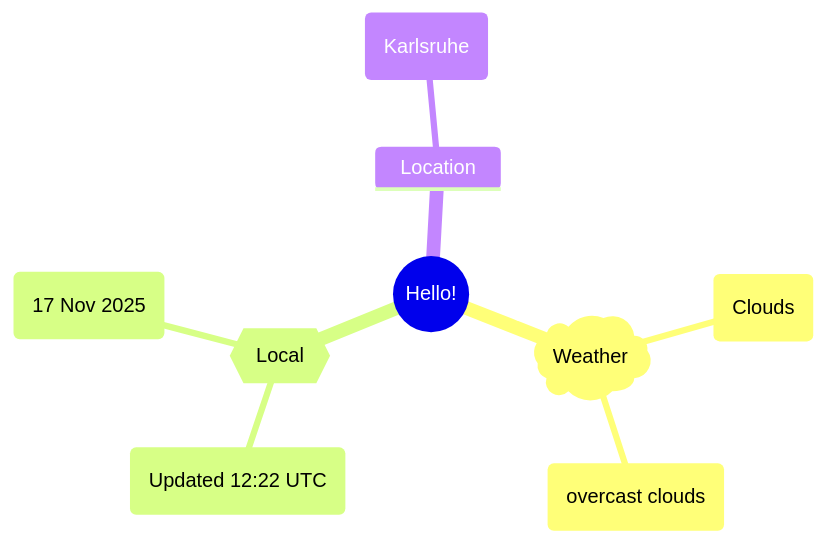
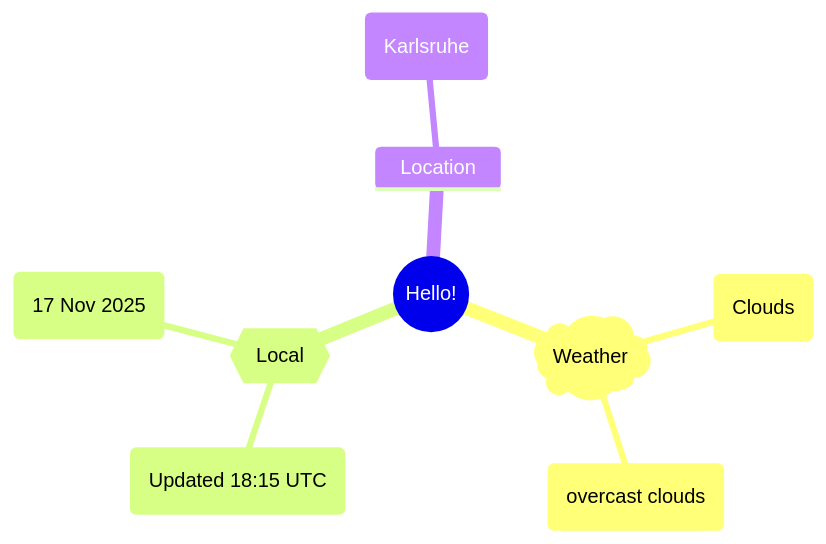
One commit to Xosrov/Xosrov changed the first of 2 diagrams in README.md. Above: the diagram before and after it, drawn with Mermaid.

Commit message:
[bot] updated images

````diff
--- a/README.md
+++ b/README.md
@@ -3,12 +3,12 @@
 ```mermaid
 mindmap
   root((Hello!))
     )Weather(
         (Clouds)
         (overcast clouds)
     {{Local}}
-        (Updated 12:22 UTC)
+        (Updated 18:15 UTC)
         (17 Nov 2025)
     Location
         (Karlsruhe)
 ```
````
